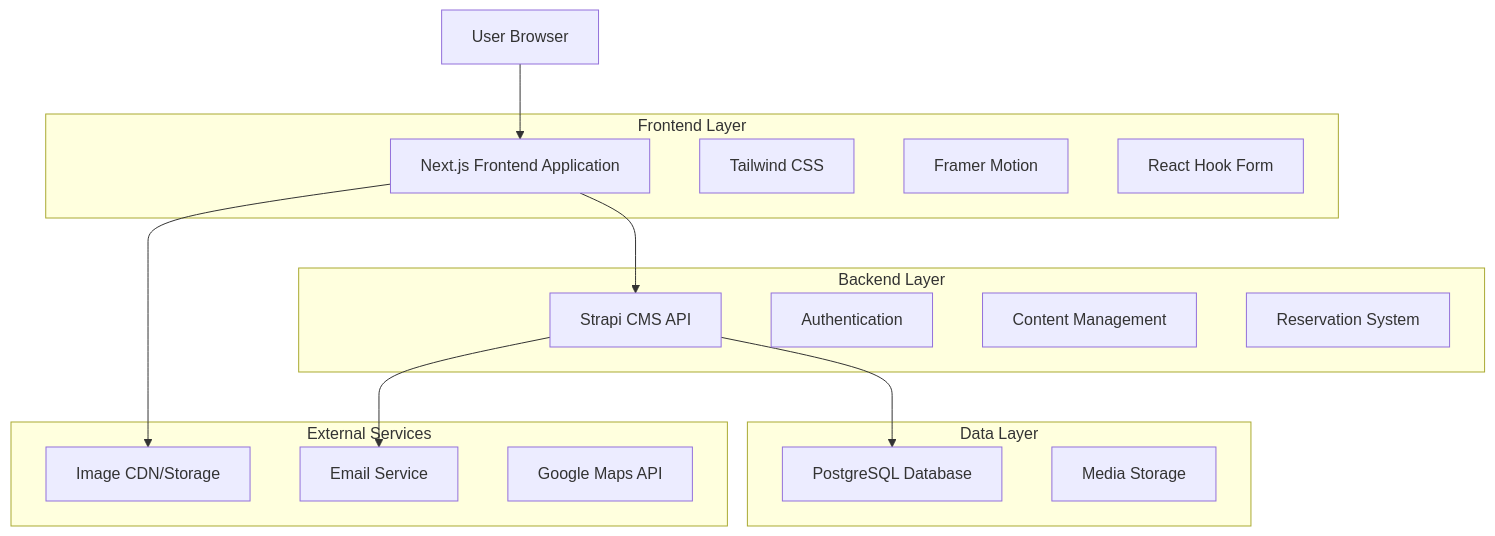
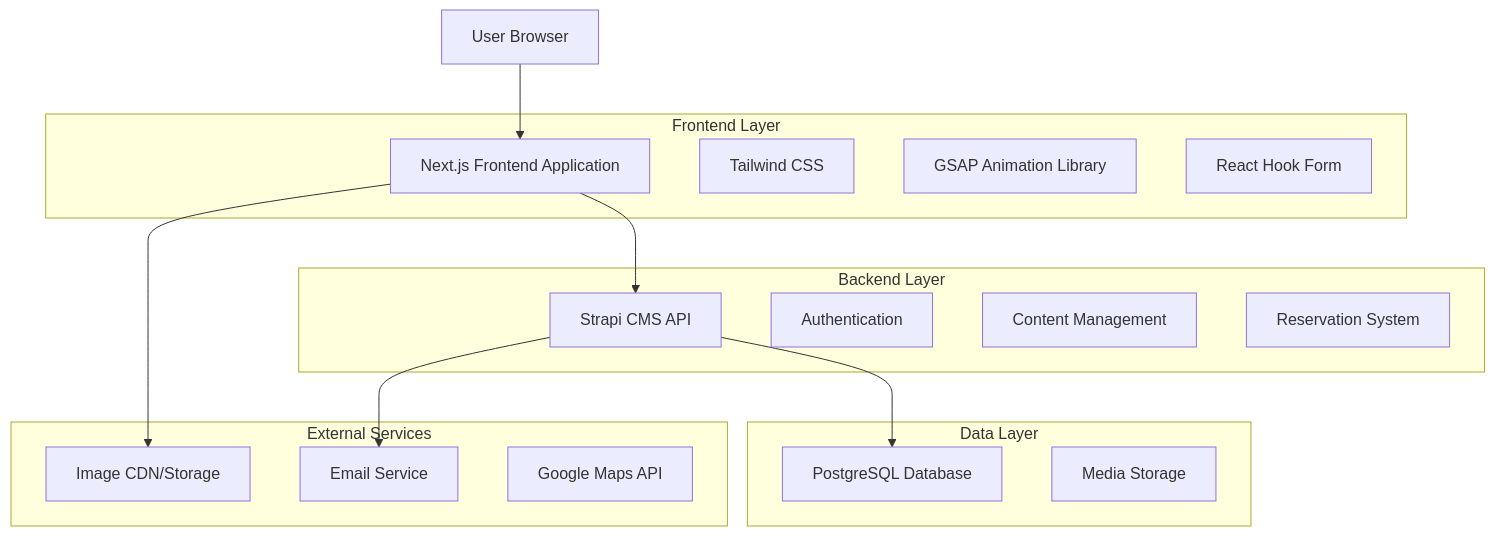
One commit to chaedirdwiantara/lumiere-restaurant changed the first of 3 diagrams in .trae/documents/Technical_Architecture_Document.md. Above: the diagram before and after it, drawn with Mermaid. The commit also changed other lines of this file, not shown here.

````diff
--- a/.trae/documents/Technical_Architecture_Document.md
+++ b/.trae/documents/Technical_Architecture_Document.md
@@ -5,33 +5,33 @@
 ```mermaid
 graph TD
     A[User Browser] --> B[Next.js Frontend Application]
     B --> C[Strapi CMS API]
     C --> D[PostgreSQL Database]
     B --> E[Image CDN/Storage]
     C --> F[Email Service]
     
     subgraph "Frontend Layer"
         B
         G[Tailwind CSS]
-        H[Framer Motion]
+        H[GSAP Animation Library]
         I[React Hook Form]
     end
     
     subgraph "Backend Layer"
         C
         J[Authentication]
         K[Content Management]
         L[Reservation System]
     end
     
     subgraph "Data Layer"
         D
         M[Media Storage]
     end
     
     subgraph "External Services"
         E
         F
         N[Google Maps API]
     end
 ```
````
